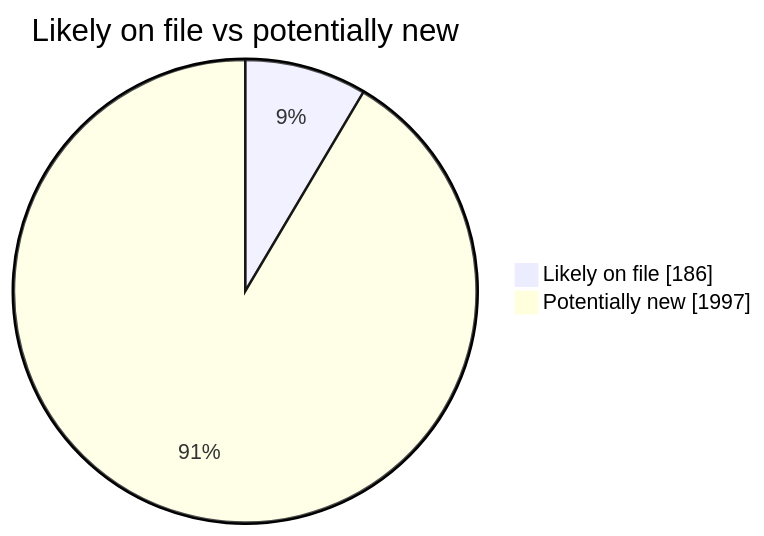
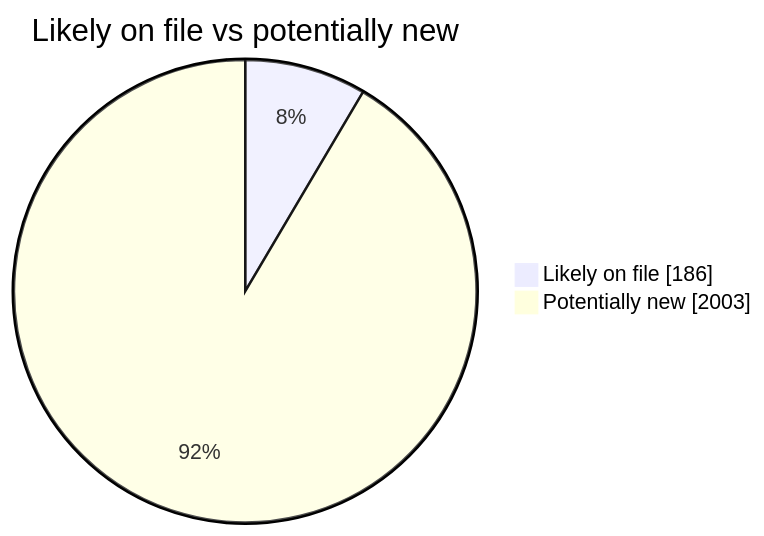
One commit to martinbalfanz/social-scanner-reports changed the second of 4 diagrams in README.md. Above: the diagram before and after it, drawn with Mermaid. The commit also changed other lines of this file and 4 other files, not shown here.

````diff
--- a/README.md
+++ b/README.md
@@ -40,5 +40,5 @@
 ```mermaid
 pie showData title Likely on file vs potentially new
     "Likely on file" : 186
-    "Potentially new" : 1997
+    "Potentially new" : 2003
 ```
````
